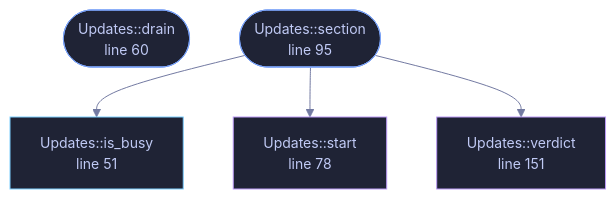
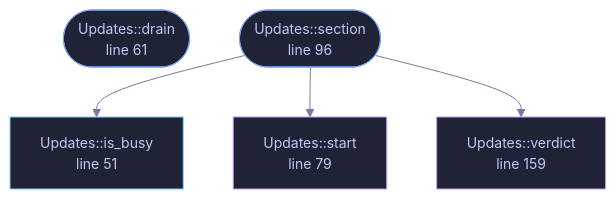
Before and after one commit to tilas01/veilvoice: the diagram in docs/files/veilvoice-gui/updates.md, drawn with Mermaid. The commit also changed other lines of this file and 92 other files, not shown here.

````diff
--- a/docs/files/veilvoice-gui/updates.md
+++ b/docs/files/veilvoice-gui/updates.md
@@ -89,23 +89,23 @@
 ```mermaid
 %%{init: {"theme":"base","themeVariables":{"background":"#1a1b26","primaryColor":"#1f2335","primaryTextColor":"#c0caf5","primaryBorderColor":"#7aa2f7","secondaryColor":"#16161e","tertiaryColor":"#16161e","lineColor":"#737aa2","textColor":"#c0caf5","mainBkg":"#1f2335","nodeBorder":"#7aa2f7","clusterBkg":"#16161e","clusterBorder":"#2f3549","fontFamily":"ui-monospace, SFMono-Regular, Consolas, monospace","fontSize":"14px"}}}%%
 flowchart TD
     n_is_busy["Updates::is_busy<br/>line 51"]
-    n_drain(["Updates::drain<br/>line 60"])
-    n_start["Updates::start<br/>line 78"]
-    n_section(["Updates::section<br/>line 95"])
-    n_verdict["Updates::verdict<br/>line 151"]
+    n_drain(["Updates::drain<br/>line 61"])
+    n_start["Updates::start<br/>line 79"]
+    n_section(["Updates::section<br/>line 96"])
+    n_verdict["Updates::verdict<br/>line 159"]
     n_section --> n_is_busy
     n_section --> n_start
     n_section --> n_verdict
     click n_is_busy href "https://github.com/tilas01/veilvoice/blob/main/crates/veilvoice-gui/src/updates.rs#L51" "open the source"
-    click n_drain href "https://github.com/tilas01/veilvoice/blob/main/crates/veilvoice-gui/src/updates.rs#L60" "open the source"
-    click n_start href "https://github.com/tilas01/veilvoice/blob/main/crates/veilvoice-gui/src/updates.rs#L78" "open the source"
-    click n_section href "https://github.com/tilas01/veilvoice/blob/main/crates/veilvoice-gui/src/updates.rs#L95" "open the source"
-    click n_verdict href "https://github.com/tilas01/veilvoice/blob/main/crates/veilvoice-gui/src/updates.rs#L151" "open the source"
+    click n_drain href "https://github.com/tilas01/veilvoice/blob/main/crates/veilvoice-gui/src/updates.rs#L61" "open the source"
+    click n_start href "https://github.com/tilas01/veilvoice/blob/main/crates/veilvoice-gui/src/updates.rs#L79" "open the source"
+    click n_section href "https://github.com/tilas01/veilvoice/blob/main/crates/veilvoice-gui/src/updates.rs#L96" "open the source"
+    click n_verdict href "https://github.com/tilas01/veilvoice/blob/main/crates/veilvoice-gui/src/updates.rs#L159" "open the source"
     classDef entry fill:#1f2335,stroke:#7aa2f7,color:#c0caf5
     class n_drain,n_section entry
     classDef api fill:#1f2335,stroke:#7dcfff,color:#c0caf5
     class n_is_busy api
     classDef helper fill:#1f2335,stroke:#bb9af7,color:#c0caf5
     class n_start,n_verdict helper
 ```
````
